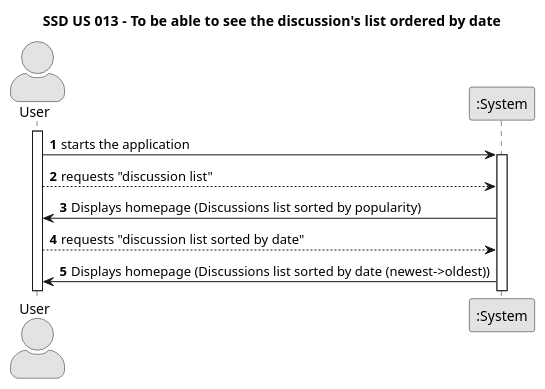
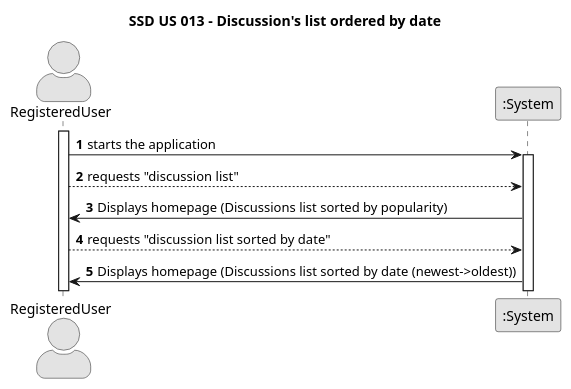
The diagram in docs/sprint01/us013/01.requirements-engineering/puml/us013-system-sequence-diagram-alternative-one.puml (TiagoMagalhaes1232507/Testando-projeto), drawn with PlantUML before and after one commit. The commit also changed 13 other files, not shown here.

```diff
--- a/docs/sprint01/us013/01.requirements-engineering/puml/us013-system-sequence-diagram-alternative-one.puml
+++ b/docs/sprint01/us013/01.requirements-engineering/puml/us013-system-sequence-diagram-alternative-one.puml
@@ -1,25 +1,25 @@
 @startuml
 skinparam monochrome true
 skinparam packageStyle rectangle
 skinparam shadowing false
 skinparam actorStyle awesome
 
-title SSD US 013 - To be able to see the discussion's list ordered by date
+title SSD US 013 - Discussion's list ordered by date
 
 autonumber
 
-actor "User" as User
+actor "RegisteredUser" as User
 participant ":System" as System
 
 activate User
 
   User -> System: starts the application
   activate System
 
     User --> System: requests "discussion list"
   System -> User: Displays homepage (Discussions list sorted by popularity)
 
   User --> System: requests "discussion list sorted by date"
   System -> User: Displays homepage (Discussions list sorted by date (newest->oldest))
 
 @enduml
```
